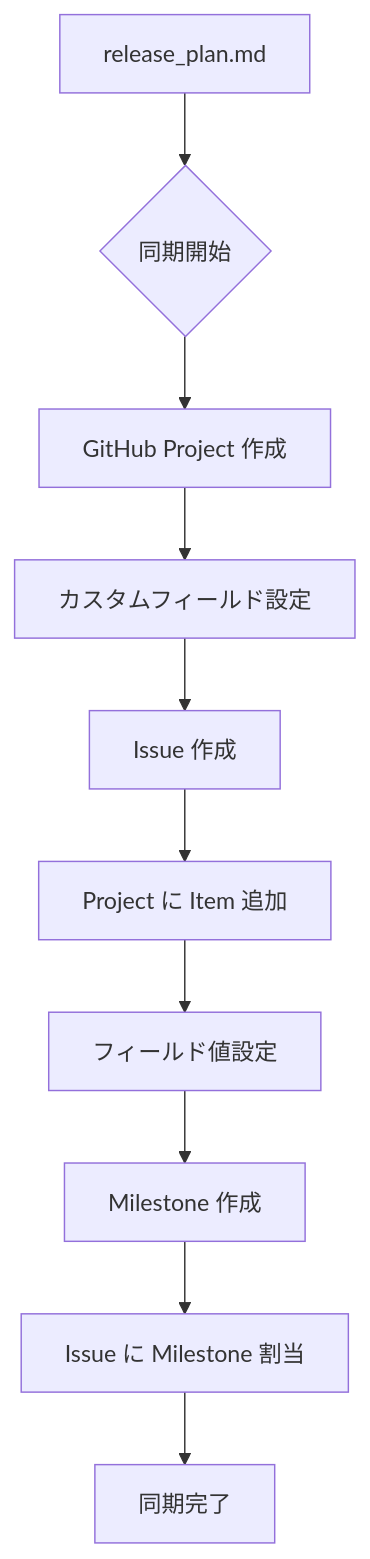
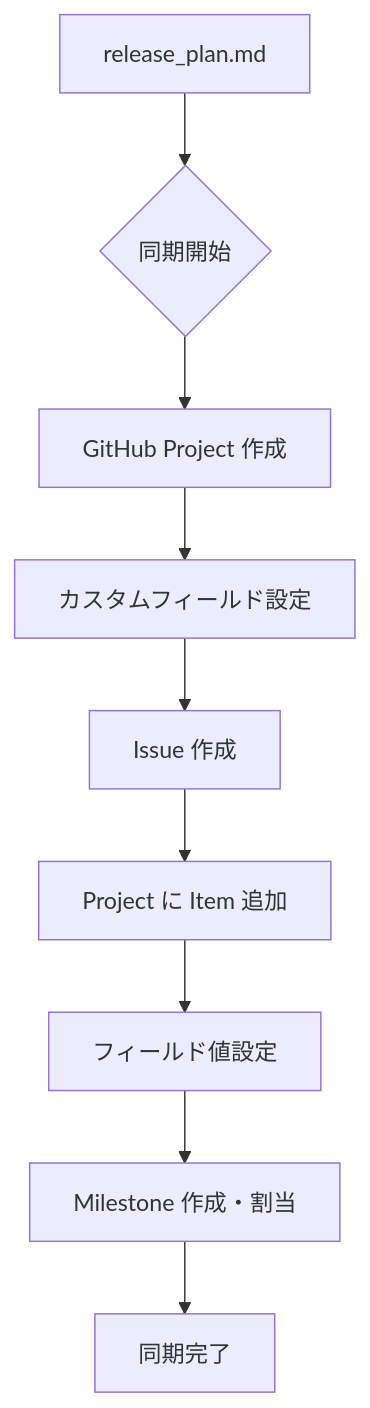
One commit to k2works/claude-code-booster changed the diagram in lib/assets/.claude/skills/syncing-github-project/SKILL.md. Above: the diagram before and after it, drawn with Mermaid. The commit also changed other lines of this file and 22 other files, not shown here.

````diff
--- a/lib/assets/.claude/skills/syncing-github-project/SKILL.md
+++ b/lib/assets/.claude/skills/syncing-github-project/SKILL.md
@@ -293,12 +114,11 @@
 ```mermaid
 graph TD
     A[release_plan.md] --> B{同期開始}
     B --> C[GitHub Project 作成]
     C --> D[カスタムフィールド設定]
     D --> E[Issue 作成]
     E --> F[Project に Item 追加]
     F --> G[フィールド値設定]
-    G --> H[Milestone 作成]
-    H --> I[Issue に Milestone 割当]
-    I --> J[同期完了]
+    G --> H[Milestone 作成・割当]
+    H --> I[同期完了]
 ```
````
